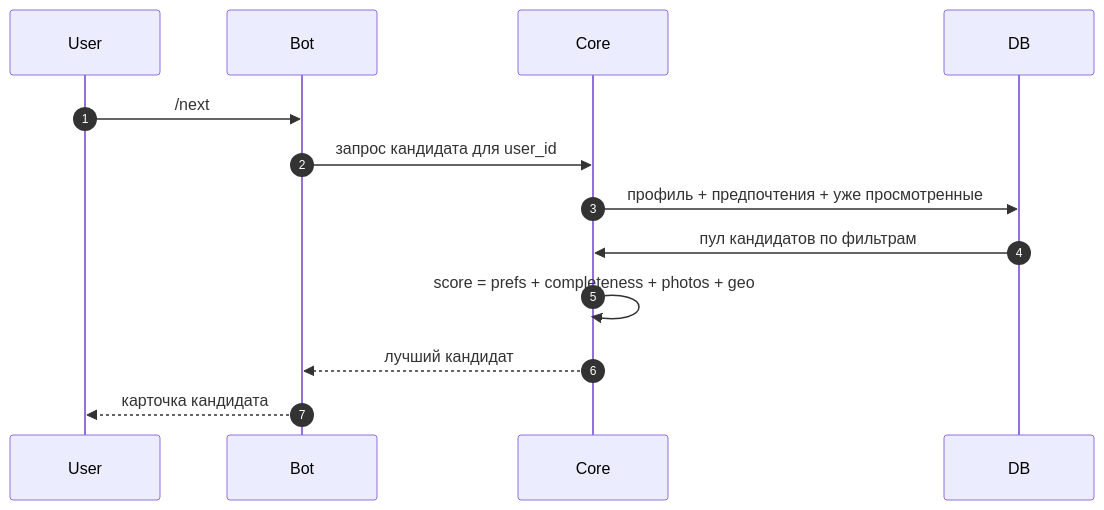
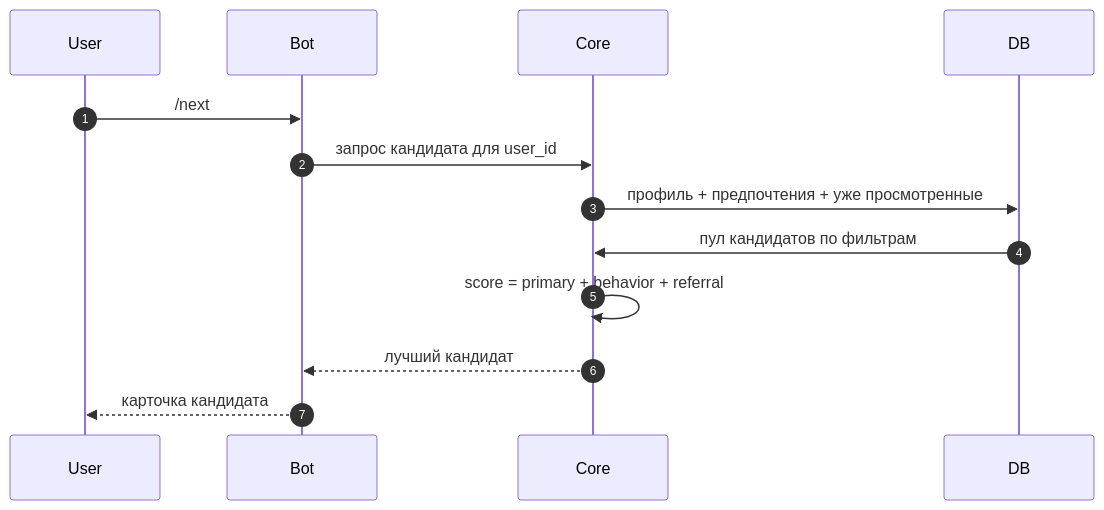
One commit to Gorox2007/TRPO changed the second of 2 diagrams in project/docs/02-architecture.md. Above: the diagram before and after it, drawn with Mermaid. The commit also changed other lines of this file and 30 other files, not shown here.

````diff
--- a/project/docs/02-architecture.md
+++ b/project/docs/02-architecture.md
@@ -22,16 +22,16 @@
 ```mermaid
 sequenceDiagram
     autonumber
     participant U as User
     participant B as Bot
     participant C as Core
     participant D as DB
 
     U->>B: /next
     B->>C: запрос кандидата для user_id
     C->>D: профиль + предпочтения + уже просмотренные
     D->>C: пул кандидатов по фильтрам
-    C->>C: score = prefs + completeness + photos + geo
+    C->>C: score = primary + behavior + referral
     C-->>B: лучший кандидат
     B-->>U: карточка кандидата
 ```
````
